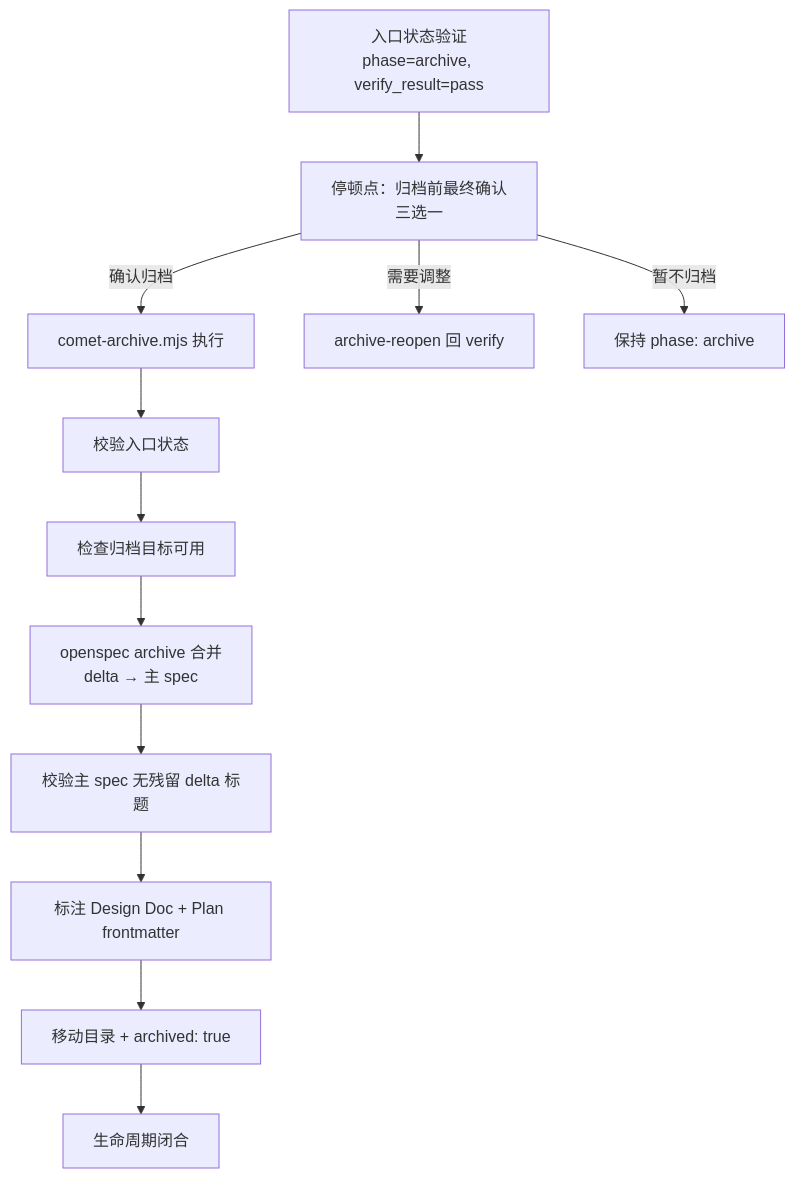
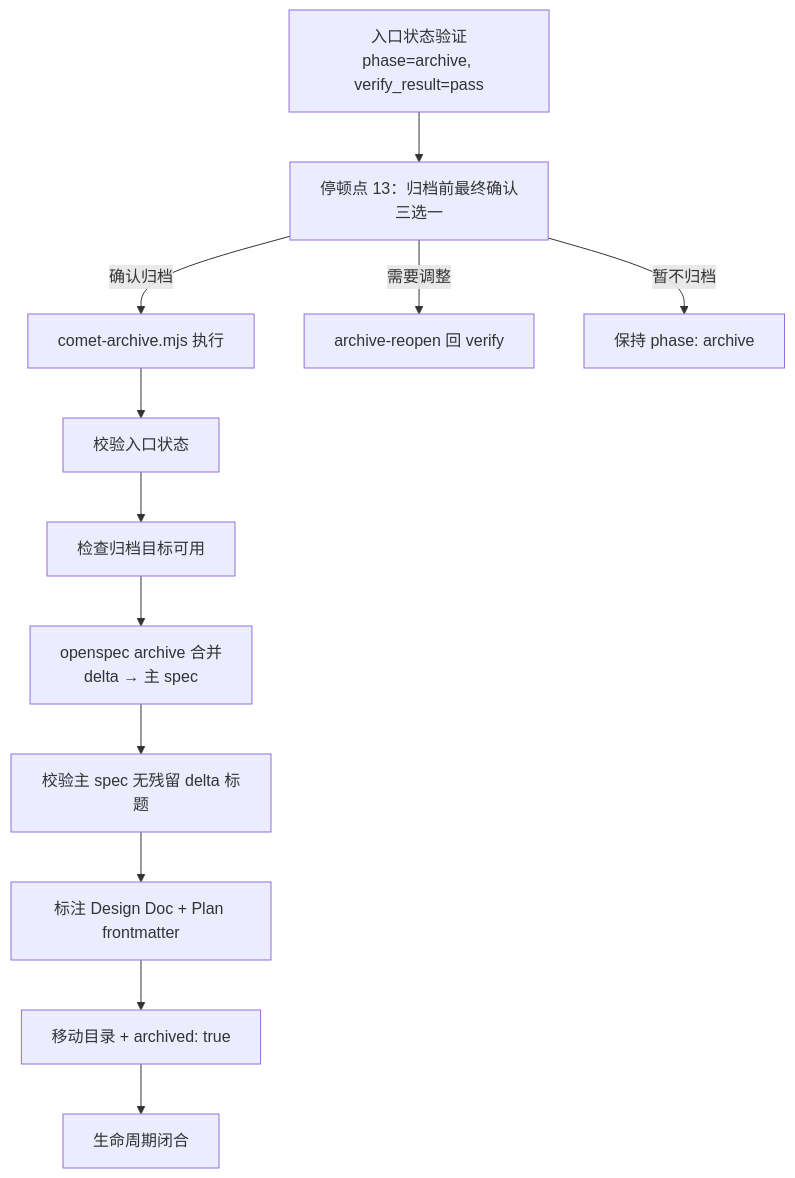
The diagram in zh/phases/archive.mdx (rpamis/comet-website-docs), drawn with Mermaid before and after one commit. The commit also changed other lines of this file and 5 other files, not shown here.

````diff
--- a/zh/phases/archive.mdx
+++ b/zh/phases/archive.mdx
@@ -35,14 +35,14 @@
 ```mermaid
 flowchart TD
-    Entry["入口状态验证<br/>phase=archive, verify_result=pass"] --> Stop1["停顿点：归档前最终确认<br/>三选一"]
+    Entry["入口状态验证<br/>phase=archive, verify_result=pass"] --> Stop1["停顿点 13：归档前最终确认<br/>三选一"]
     Stop1 -->|确认归档| Run["comet-archive.mjs 执行"]
     Stop1 -->|需要调整| Reopen["archive-reopen 回 verify"]
     Stop1 -->|暂不归档| Keep["保持 phase: archive"]
     Run --> S1["校验入口状态"]
     S1 --> S2["检查归档目标可用"]
     S2 --> S3["openspec archive 合并<br/>delta → 主 spec"]
     S3 --> S4["校验主 spec 无残留 delta 标题"]
     S4 --> S5["标注 Design Doc + Plan frontmatter"]
     S5 --> S6["移动目录 + archived: true"]
     S6 --> Done["生命周期闭合"]
 ```
````
